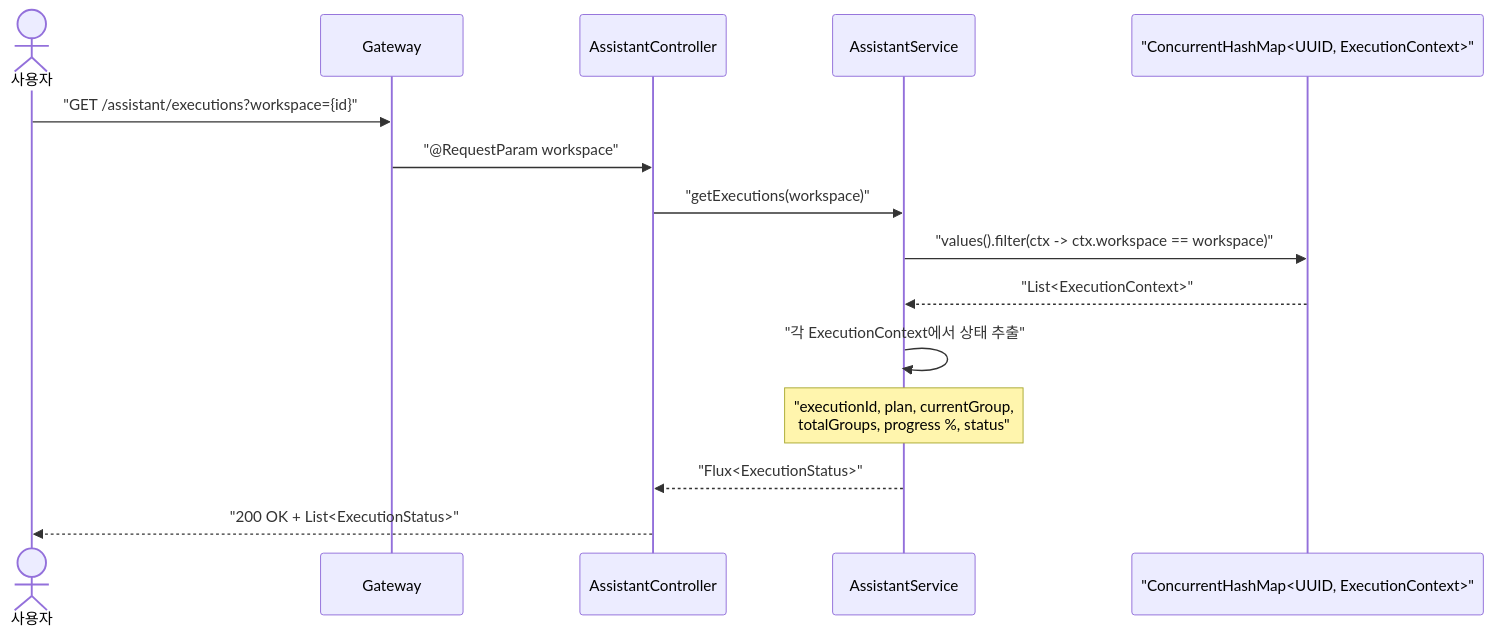
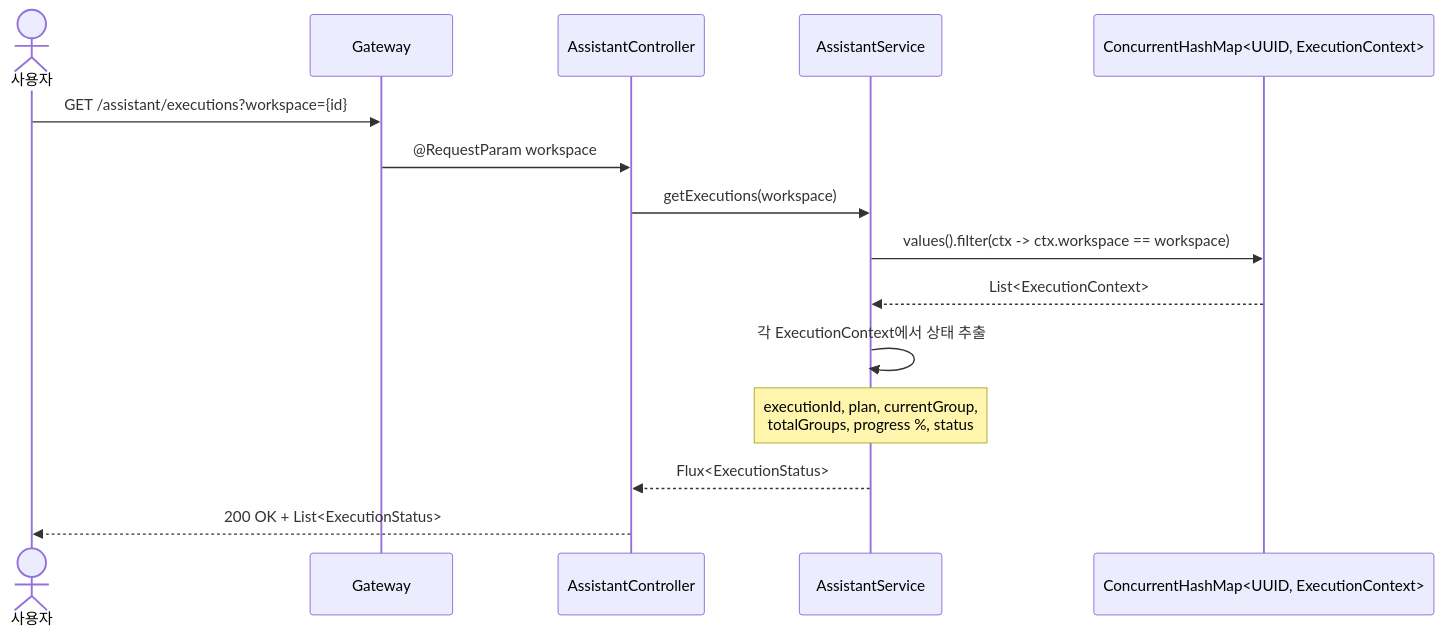
The eighth of 13 diagrams in assistant/USECASE.md (sayaya1090/handbook), drawn with Mermaid before and after one commit. The commit also changed other lines of this file and 58 other files, not shown here.

````diff
--- a/assistant/USECASE.md
+++ b/assistant/USECASE.md
@@ -287,18 +287,18 @@
 ```mermaid
 sequenceDiagram
     actor User as 사용자
     participant GW as Gateway
     participant Ctrl as AssistantController
     participant Svc as AssistantService
-    participant Map as "ConcurrentHashMap<UUID, ExecutionContext>"
+    participant Map as ConcurrentHashMap<UUID, ExecutionContext>
 
-    User->>GW: "GET /assistant/executions?workspace={id}"
-    GW->>Ctrl: "@RequestParam workspace"
-    Ctrl->>Svc: "getExecutions(workspace)"
-    Svc->>Map: "values().filter(ctx -> ctx.workspace == workspace)"
-    Map-->>Svc: "List<ExecutionContext>"
-    Svc->>Svc: "각 ExecutionContext에서 상태 추출"
-    Note over Svc: "executionId, plan, currentGroup,<br/>totalGroups, progress %, status"
-    Svc-->>Ctrl: "Flux<ExecutionStatus>"
-    Ctrl-->>User: "200 OK + List<ExecutionStatus>"
+    User->>GW: GET /assistant/executions?workspace={id}
+    GW->>Ctrl: @RequestParam workspace
+    Ctrl->>Svc: getExecutions(workspace)
+    Svc->>Map: values().filter(ctx -> ctx.workspace == workspace)
+    Map-->>Svc: List<ExecutionContext>
+    Svc->>Svc: 각 ExecutionContext에서 상태 추출
+    Note over Svc: executionId, plan, currentGroup,<br/>totalGroups, progress %, status
+    Svc-->>Ctrl: Flux<ExecutionStatus>
+    Ctrl-->>User: 200 OK + List<ExecutionStatus>
 ```
````
